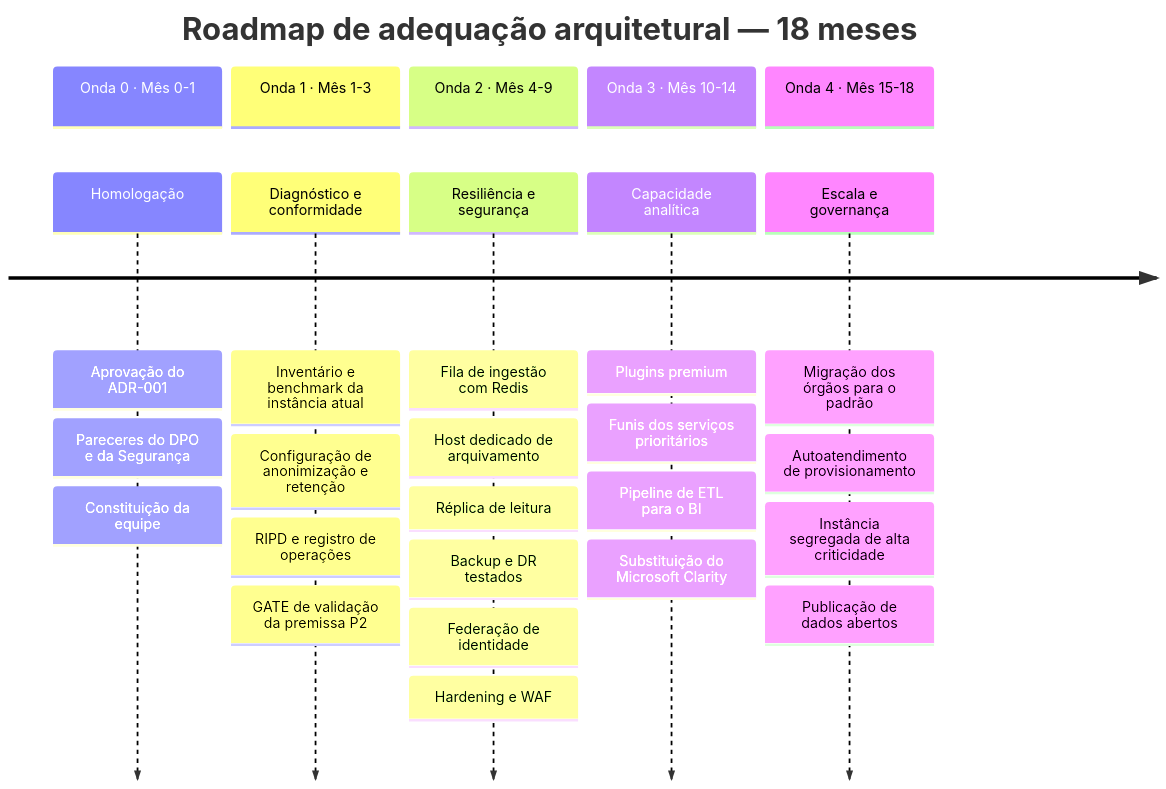
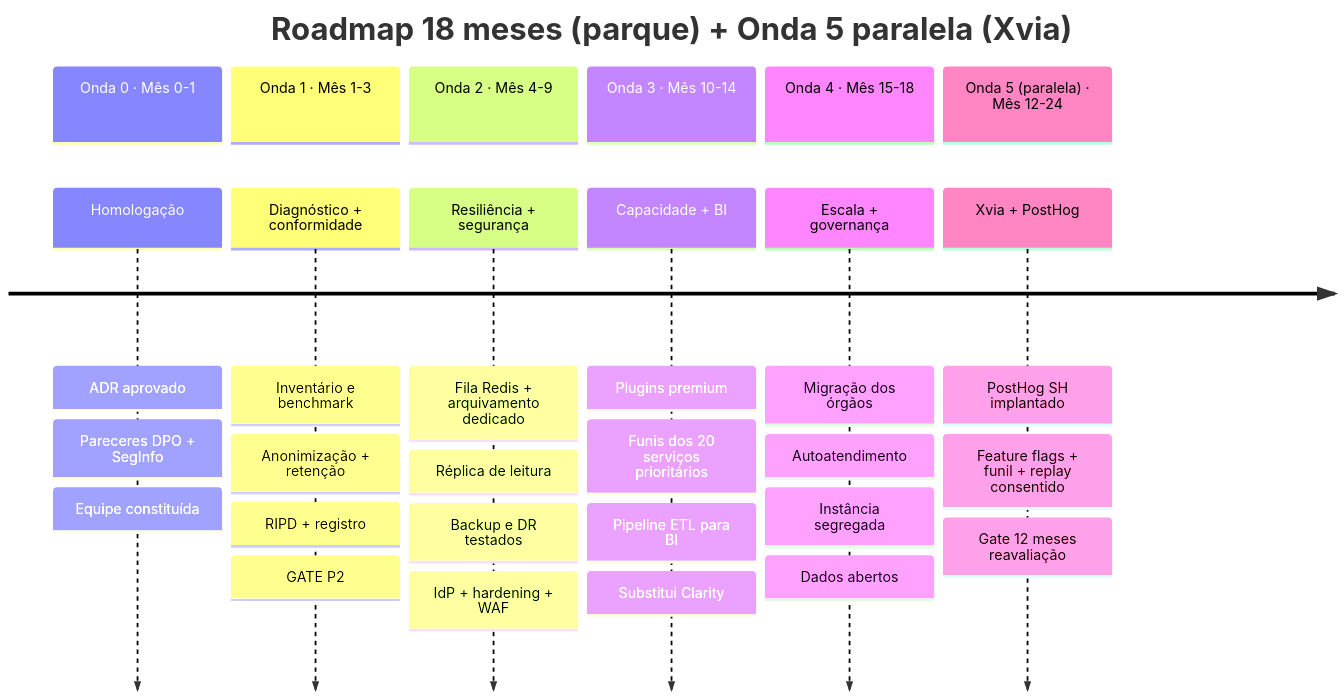
One commit to fabioramos-02/tradeoff-analytics changed the first of 2 diagrams in docs/08-roadmap.md. Above: the diagram before and after it, drawn with Mermaid. The commit also changed other lines of this file and 23 other files, not shown here.

Commit message:
feat: establish analytics architecture documentation including ADR-002 and supporting comparative studies

````diff
--- a/docs/08-roadmap.md
+++ b/docs/08-roadmap.md
@@ -58,30 +55,32 @@
 ```mermaid
 timeline
-    title Roadmap de adequação arquitetural — 18 meses
+    title Roadmap 18 meses (parque) + Onda 5 paralela (Xvia)
     section Onda 0 · Mês 0-1
-        Homologação : Aprovação do ADR-001
-                    : Pareceres do DPO e da Segurança
-                    : Constituição da equipe
+        Homologação : ADR aprovado
+                    : Pareceres DPO + SegInfo
+                    : Equipe constituída
     section Onda 1 · Mês 1-3
-        Diagnóstico e conformidade : Inventário e benchmark da instância atual
-                                   : Configuração de anonimização e retenção
-                                   : RIPD e registro de operações
-                                   : GATE de validação da premissa P2
+        Diagnóstico + conformidade : Inventário e benchmark
+                                   : Anonimização + retenção
+                                   : RIPD + registro
+                                   : GATE P2
     section Onda 2 · Mês 4-9
-        Resiliência e segurança : Fila de ingestão com Redis
-                                : Host dedicado de arquivamento
+        Resiliência + segurança : Fila Redis + arquivamento dedicado
                                 : Réplica de leitura
                                 : Backup e DR testados
-                                : Federação de identidade
-                                : Hardening e WAF
+                                : IdP + hardening + WAF
     section Onda 3 · Mês 10-14
-        Capacidade analítica : Plugins premium
-                             : Funis dos serviços prioritários
-                             : Pipeline de ETL para o BI
-                             : Substituição do Microsoft Clarity
+        Capacidade + BI : Plugins premium
+                        : Funis dos 20 serviços prioritários
+                        : Pipeline ETL para BI
+                        : Substitui Clarity
     section Onda 4 · Mês 15-18
-        Escala e governança : Migração dos órgãos para o padrão
-                            : Autoatendimento de provisionamento
-                            : Instância segregada de alta criticidade
-                            : Publicação de dados abertos
+        Escala + governança : Migração dos órgãos
+                            : Autoatendimento
+                            : Instância segregada
+                            : Dados abertos
+    section Onda 5 (paralela) · Mês 12-24
+        Xvia + PostHog : PostHog SH implantado
+                       : Feature flags + funil + replay consentido
+                       : Gate 12 meses reavaliação
 ```
````
